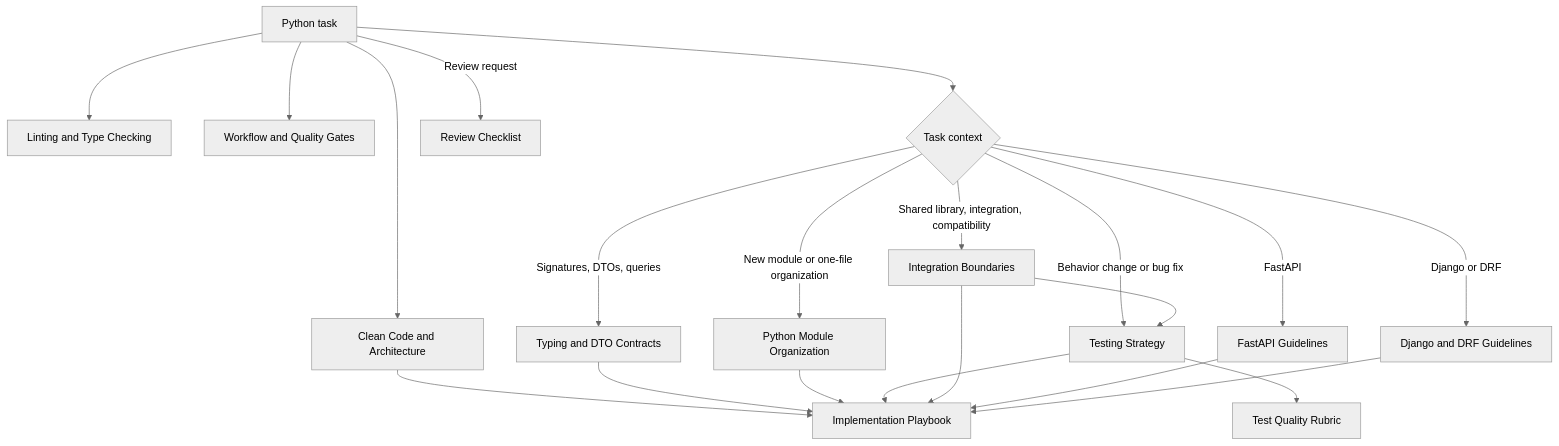
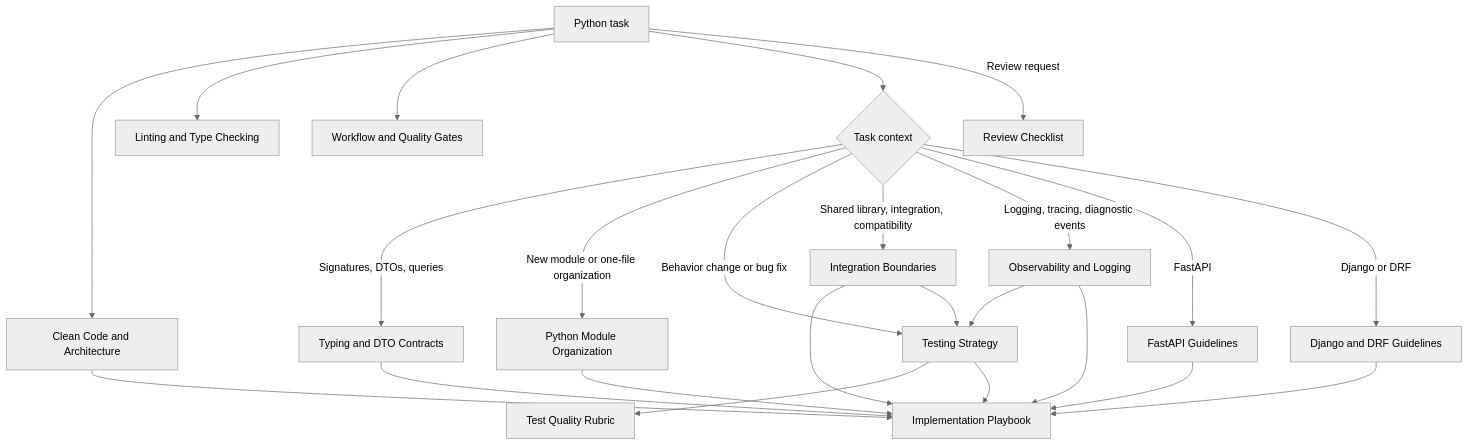
Before and after one commit to allexandrsokollov/main_obsidian_vault: the diagram in 00 Maps/Python Guidelines Context Map.md, drawn with Mermaid (neutral theme). The commit also changed other lines of this file and 9 other files, not shown here.

````diff
--- a/00 Maps/Python Guidelines Context Map.md
+++ b/00 Maps/Python Guidelines Context Map.md
@@ -25,23 +25,26 @@
 ```mermaid
 flowchart TD
     A["Python task"] --> C["Clean Code and Architecture"]
     A --> L["Linting and Type Checking"]
     A --> W["Workflow and Quality Gates"]
     A --> T{"Task context"}
     T -->|"Signatures, DTOs, queries"| Y["Typing and DTO Contracts"]
     T -->|"New module or one-file organization"| M["Python Module Organization"]
     T -->|"Behavior change or bug fix"| X["Testing Strategy"]
     X --> Q["Test Quality Rubric"]
     T -->|"Shared library, integration, compatibility"| B["Integration Boundaries"]
+    T -->|"Logging, tracing, diagnostic events"| O["Observability and Logging"]
     T -->|"FastAPI"| F["FastAPI Guidelines"]
     T -->|"Django or DRF"| D["Django and DRF Guidelines"]
     C --> I["Implementation Playbook"]
     Y --> I
     M --> I
     X --> I
     B --> I
     B --> X
+    O --> X
+    O --> I
     F --> I
     D --> I
     A -->|"Review request"| R["Review Checklist"]
 ```
````
